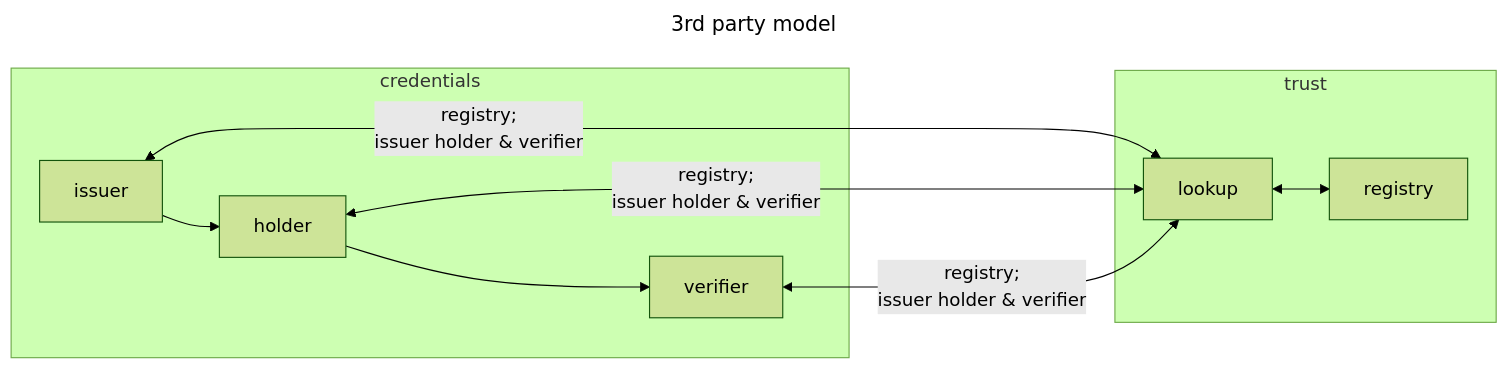
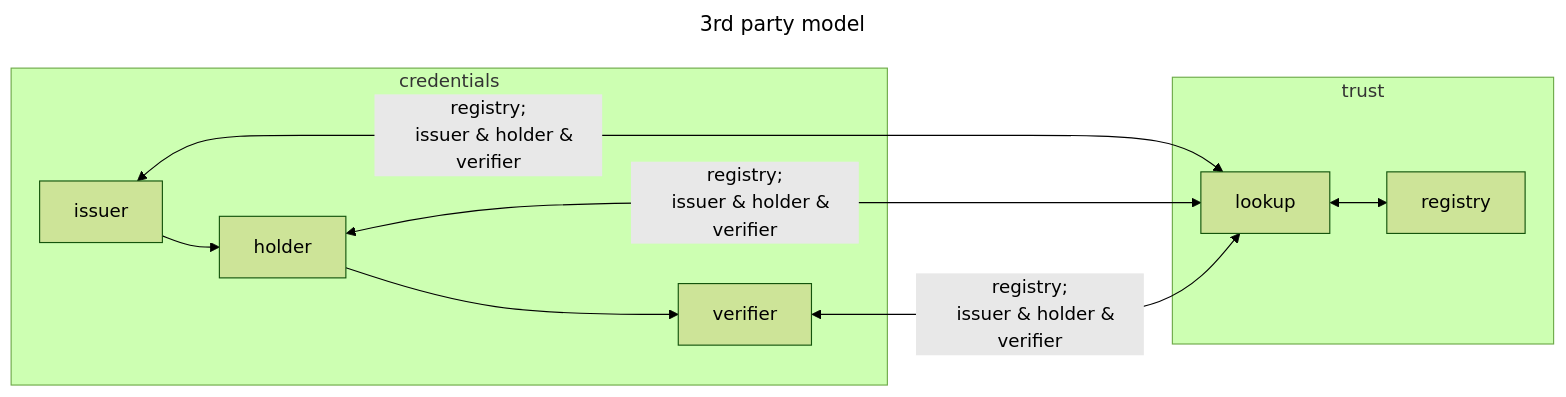
Before and after one commit to leifj/webuild-architecture: the second of 2 diagrams in webuild-drafts/draft-leifj-local-trust-resolver.md, drawn with Mermaid (forest theme).

````diff
--- a/webuild-drafts/draft-leifj-local-trust-resolver.md
+++ b/webuild-drafts/draft-leifj-local-trust-resolver.md
@@ -43,15 +43,15 @@
 ```mermaid
 ---
 title: 3rd party model
 ---
 flowchart LR;
    subgraph credentials
    issuer-->holder;
    holder-->verifier;
    end
    subgraph trust
    lookup <--> registry;
    end
    issuer & holder & verifier <-- registry;
-   issuer holder & verifier --> lookup;
+   issuer & holder & verifier --> lookup;
 ```
````
